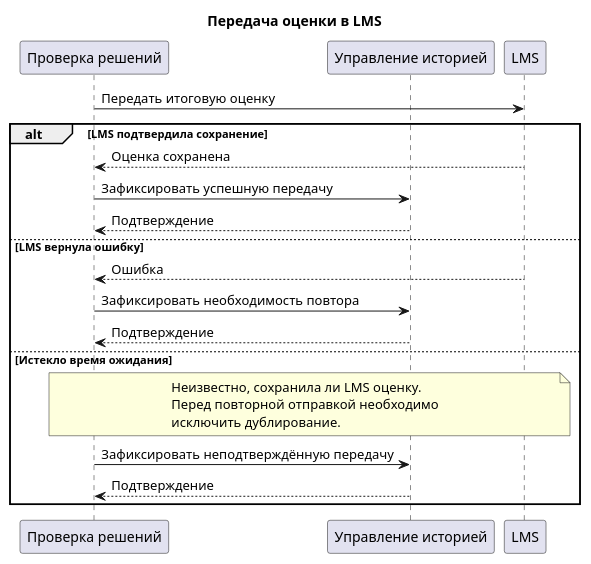
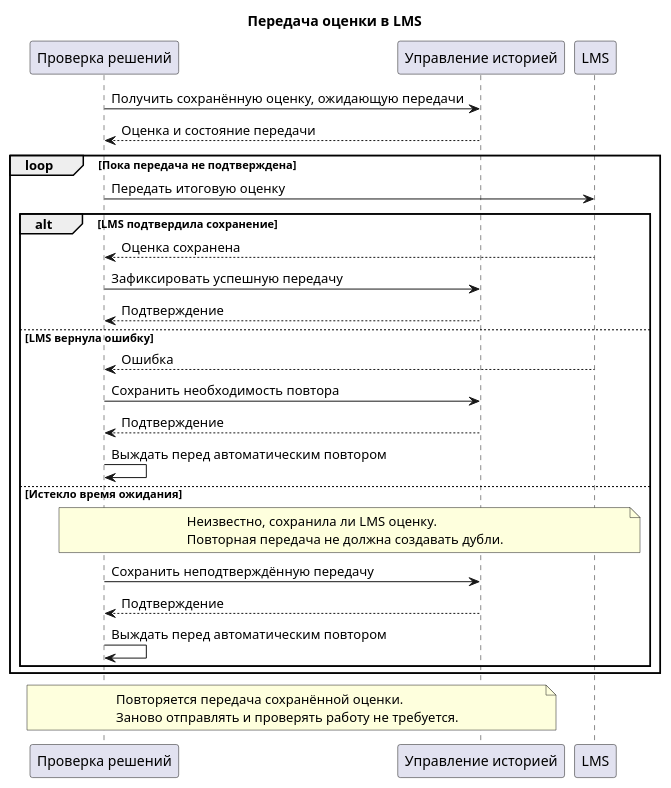
One commit to uHiderovich/otus-arch-po changed the third of 4 diagrams in HW3/diagram_code.md. Above: the diagram before and after it, drawn with PlantUML. The commit also changed other lines of this file and 5 other files, not shown here.

````diff
--- a/HW3/diagram_code.md
+++ b/HW3/diagram_code.md
@@ -116,32 +113,41 @@
 ```plantuml
 @startuml
 title Передача оценки в LMS
 
 participant "Проверка решений" as Check
 participant "Управление историей" as History
 participant "LMS" as LMS
 
-Check -> LMS : Передать итоговую оценку
+Check -> History : Получить сохранённую оценку, ожидающую передачи
+History --> Check : Оценка и состояние передачи
 
-alt LMS подтвердила сохранение
-    LMS --> Check : Оценка сохранена
-    Check -> History : Зафиксировать успешную передачу
-    History --> Check : Подтверждение
+loop Пока передача не подтверждена
+    Check -> LMS : Передать итоговую оценку
 
-else LMS вернула ошибку
-    LMS --> Check : Ошибка
-    Check -> History : Зафиксировать необходимость повтора
-    History --> Check : Подтверждение
+    alt LMS подтвердила сохранение
+        LMS --> Check : Оценка сохранена
+        Check -> History : Зафиксировать успешную передачу
+        History --> Check : Подтверждение
+    else LMS вернула ошибку
+        LMS --> Check : Ошибка
+        Check -> History : Сохранить необходимость повтора
+        History --> Check : Подтверждение
+        Check -> Check : Выждать перед автоматическим повтором
+    else Истекло время ожидания
+        note over Check, LMS
+            Неизвестно, сохранила ли LMS оценку.
+            Повторная передача не должна создавать дубли.
+        end note
 
-else Истекло время ожидания
-    note over Check, LMS
-        Неизвестно, сохранила ли LMS оценку.
-        Перед повторной отправкой необходимо
-        исключить дублирование.
-    end note
+        Check -> History : Сохранить неподтверждённую передачу
+        History --> Check : Подтверждение
+        Check -> Check : Выждать перед автоматическим повтором
+    end
+end
 
-    Check -> History : Зафиксировать неподтверждённую передачу
-    History --> Check : Подтверждение
-end
+note over Check, History
+    Повторяется передача сохранённой оценки.
+    Заново отправлять и проверять работу не требуется.
+end note
 @enduml
 ```
````
